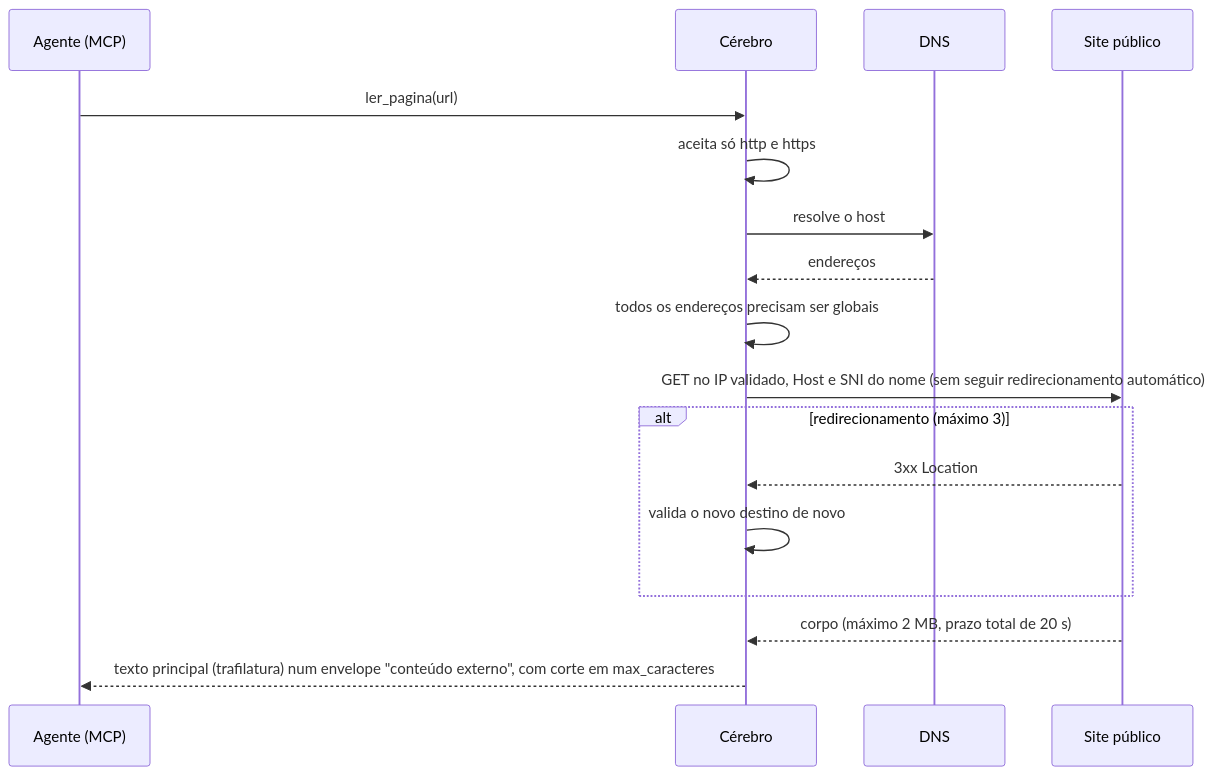
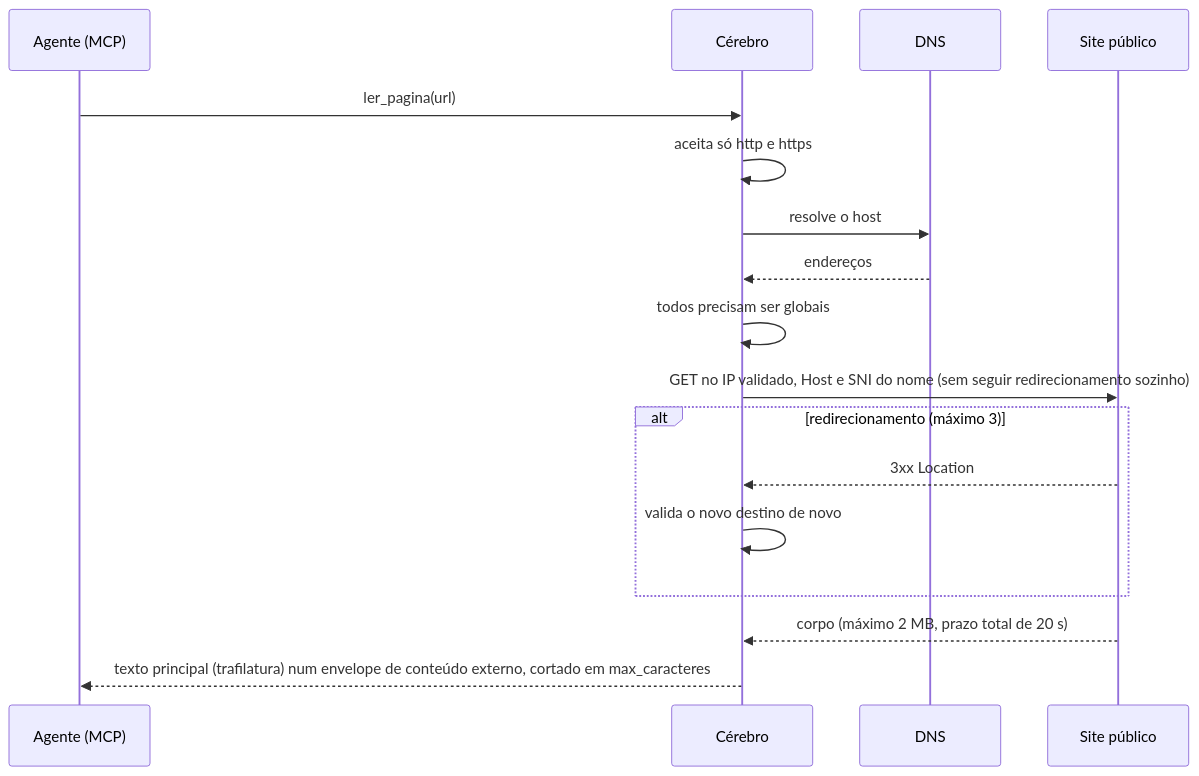
Before and after one commit to tudoemcodigo/TudoIA: the fifth of 6 diagrams in docs/arquitetura.md, drawn with Mermaid. The commit also changed other lines of this file and 22 other files, not shown here.

````diff
--- a/docs/arquitetura.md
+++ b/docs/arquitetura.md
@@ -175,19 +204,19 @@
 ```mermaid
 sequenceDiagram
     participant A as Agente (MCP)
     participant C as Cérebro
     participant D as DNS
     participant W as Site público
     A->>C: ler_pagina(url)
     C->>C: aceita só http e https
     C->>D: resolve o host
     D-->>C: endereços
-    C->>C: todos os endereços precisam ser globais
-    C->>W: GET no IP validado, Host e SNI do nome (sem seguir redirecionamento automático)
+    C->>C: todos precisam ser globais
+    C->>W: GET no IP validado, Host e SNI do nome (sem seguir redirecionamento sozinho)
     alt redirecionamento (máximo 3)
         W-->>C: 3xx Location
         C->>C: valida o novo destino de novo
     end
     W-->>C: corpo (máximo 2 MB, prazo total de 20 s)
-    C-->>A: texto principal (trafilatura) num envelope "conteúdo externo", com corte em max_caracteres
+    C-->>A: texto principal (trafilatura) num envelope de conteúdo externo, cortado em max_caracteres
 ```
````
